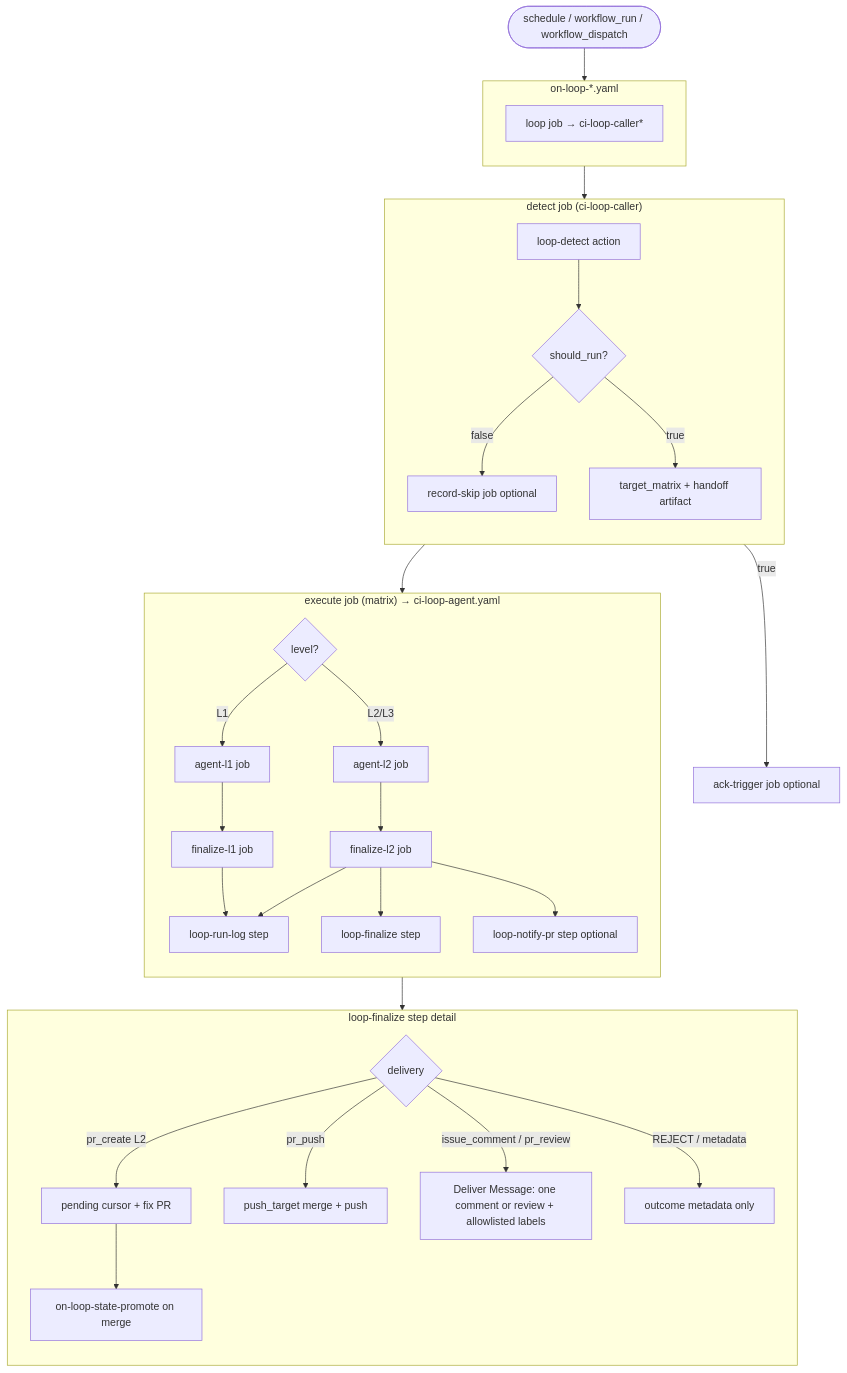
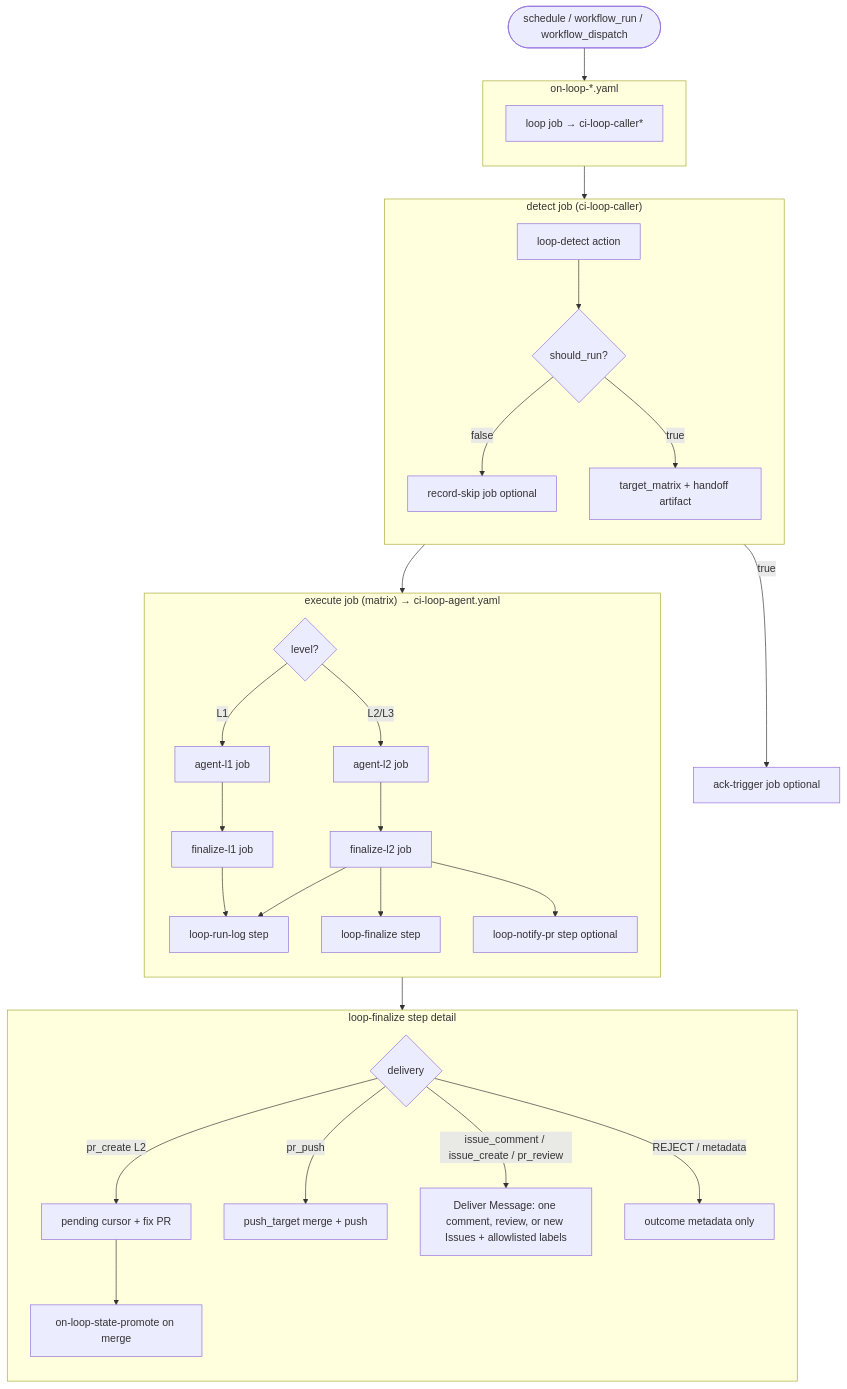
Before and after one commit to y-miyazaki/config: the first of 3 diagrams in docs/explanation/loop-engineering/loop-engineering-design.md, drawn with Mermaid. The commit also changed other lines of this file and 11 other files, not shown here.

Commit message:
docs(loop): document issue_create, built-in range detect, code-review loop

````diff
--- a/docs/explanation/loop-engineering/loop-engineering-design.md
+++ b/docs/explanation/loop-engineering/loop-engineering-design.md
@@ -221,44 +222,44 @@
 ```mermaid
 flowchart TD
     trigger([schedule / workflow_run / workflow_dispatch]) --> caller
 
     subgraph caller["on-loop-*.yaml"]
         direction TB
         C1[loop job → ci-loop-caller*]
     end
 
     C1 --> detect
 
     subgraph detect["detect job (ci-loop-caller)"]
         direction TB
         D1[loop-detect action] --> D2{should_run?}
         D2 -->|false| D_SKIP[record-skip job optional]
         D2 -->|true| D3[target_matrix + handoff artifact]
     end
 
     D2 -->|true| ACK[ack-trigger job optional]
     D3 --> EXEC_RW
 
     subgraph EXEC_RW["execute job (matrix) → ci-loop-agent.yaml"]
         direction TB
         LEVEL{level?}
         LEVEL -->|L1| A_L1[agent-l1 job]
         A_L1 --> F_L1[finalize-l1 job]
         LEVEL -->|L2/L3| A_L2[agent-l2 job]
         A_L2 --> F_L2[finalize-l2 job]
         F_L1 --> F_LOG[loop-run-log step]
         F_L2 --> F_LOG
         F_L2 --> F_FIN[loop-finalize step]
         F_L2 --> F_NOTIFY[loop-notify-pr step optional]
     end
 
     subgraph finalize_inside["loop-finalize step detail"]
         direction TB
         F_FIN --> F_STRAT{delivery}
         F_STRAT -->|pr_create L2| F_PENDING[pending cursor + fix PR]
         F_STRAT -->|pr_push| F_PUSH[push_target merge + push]
-        F_STRAT -->|issue_comment / pr_review| F_DELIVER[Deliver Message: one comment or review + allowlisted labels]
+        F_STRAT -->|issue_comment / issue_create / pr_review| F_DELIVER[Deliver Message: one comment, review, or new Issues + allowlisted labels]
         F_STRAT -->|REJECT / metadata| F_META[outcome metadata only]
         F_PENDING --> F_PROMOTE[on-loop-state-promote on merge]
     end
 ```
````
